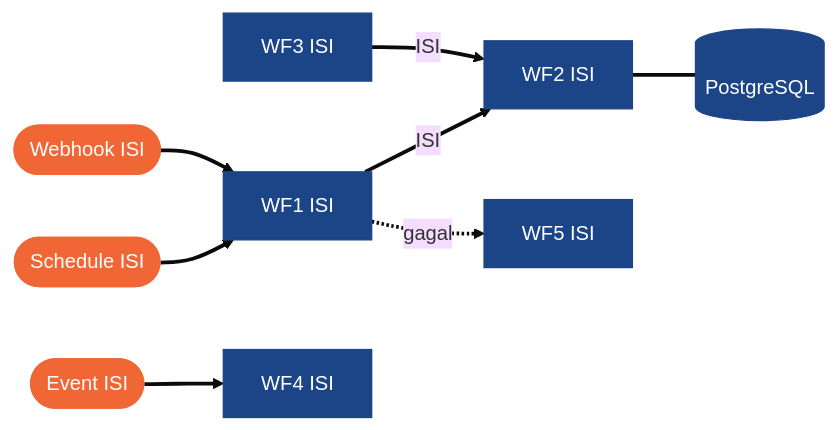
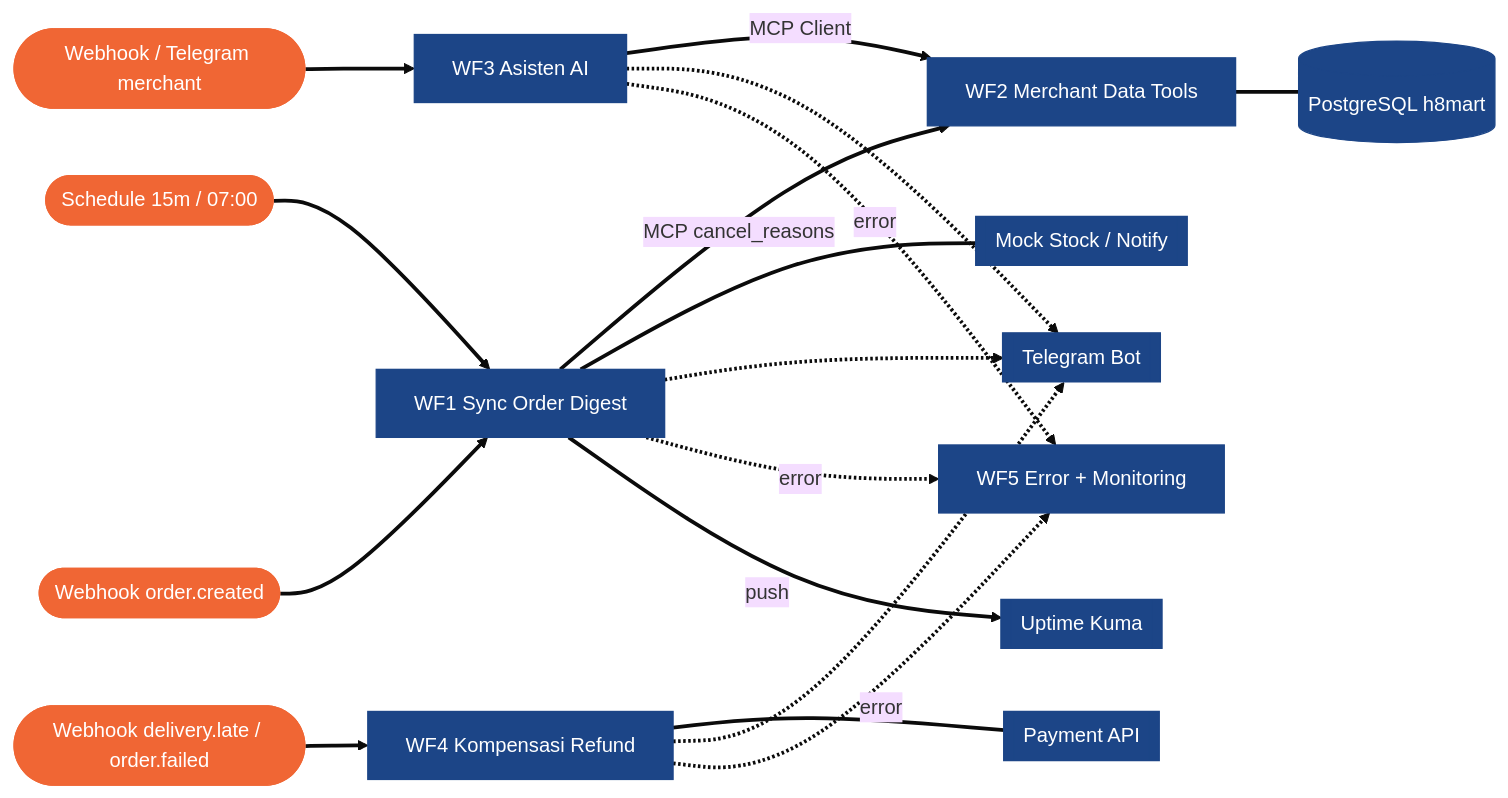
One commit to haniialfiyyaah/mart-ops changed the diagram in docs/02-desain-solusi-roi.md. Above: the diagram before and after it, drawn with Mermaid (base theme). The commit also changed other lines of this file and 4 other files, not shown here.

````diff
--- a/docs/02-desain-solusi-roi.md
+++ b/docs/02-desain-solusi-roi.md
@@ -13,24 +8,29 @@
 ```mermaid
 ---
 config:
   look: classic
   flowchart:
     subGraphTitleMargin:
       top: 12
       bottom: 12
 ---
 flowchart LR
-    S([Schedule ISI]) --> WF1[WF1 ISI]
-    H([Webhook ISI]) --> WF1
-    WF1 -->|ISI| WF2[WF2 ISI]
-    WF3[WF3 ISI] -->|ISI| WF2
-    EVT([Event ISI]) --> WF4[WF4 ISI]
-    WF2 --- DB[(PostgreSQL)]
-    WF1 -. gagal .-> WF5[WF5 ISI]
+    S([Schedule 15m / 07:00]) --> WF1[WF1 Sync Order Digest]
+    H([Webhook order.created]) --> WF1
+    EVT([Webhook delivery.late / order.failed]) --> WF4[WF4 Kompensasi Refund]
+    Q([Webhook / Telegram merchant]) --> WF3[WF3 Asisten AI]
+    WF3 -->|MCP Client| WF2[WF2 Merchant Data Tools]
+    WF1 -->|MCP cancel_reasons| WF2
+    WF2 --- DB[(PostgreSQL h8mart)]
+    WF1 --- API[[Mock Stock / Notify]]
+    WF4 --- PAY[[Payment API]]
+    WF1 & WF4 -.-> TG[[Telegram Bot]]
+    WF3 -.-> TG
+    WF1 & WF3 & WF4 -.error.-> WF5[WF5 Error + Monitoring]
+    WF1 -->|push| KUMA[[Uptime Kuma]]
     linkStyle default stroke-width:3px
     classDef navy fill:#1C4587,stroke:#1C4587,color:#FFFFFF
     classDef orange fill:#F06634,stroke:#F06634,color:#FFFFFF
-    classDef opt fill:none,stroke:#F06634,stroke-width:3px,stroke-dasharray:6 4
-    class S,H,EVT orange
-    class WF1,WF2,WF3,WF4,WF5,DB navy
+    class S,H,EVT,Q orange
+    class WF1,WF2,WF3,WF4,WF5,DB,API,PAY,TG,KUMA navy
 ```
````
